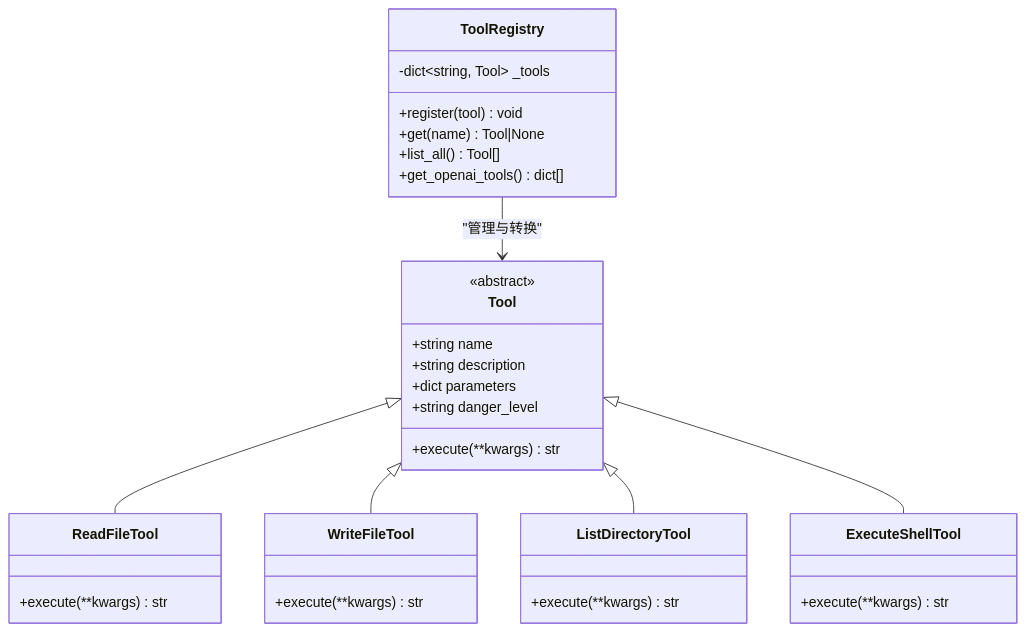
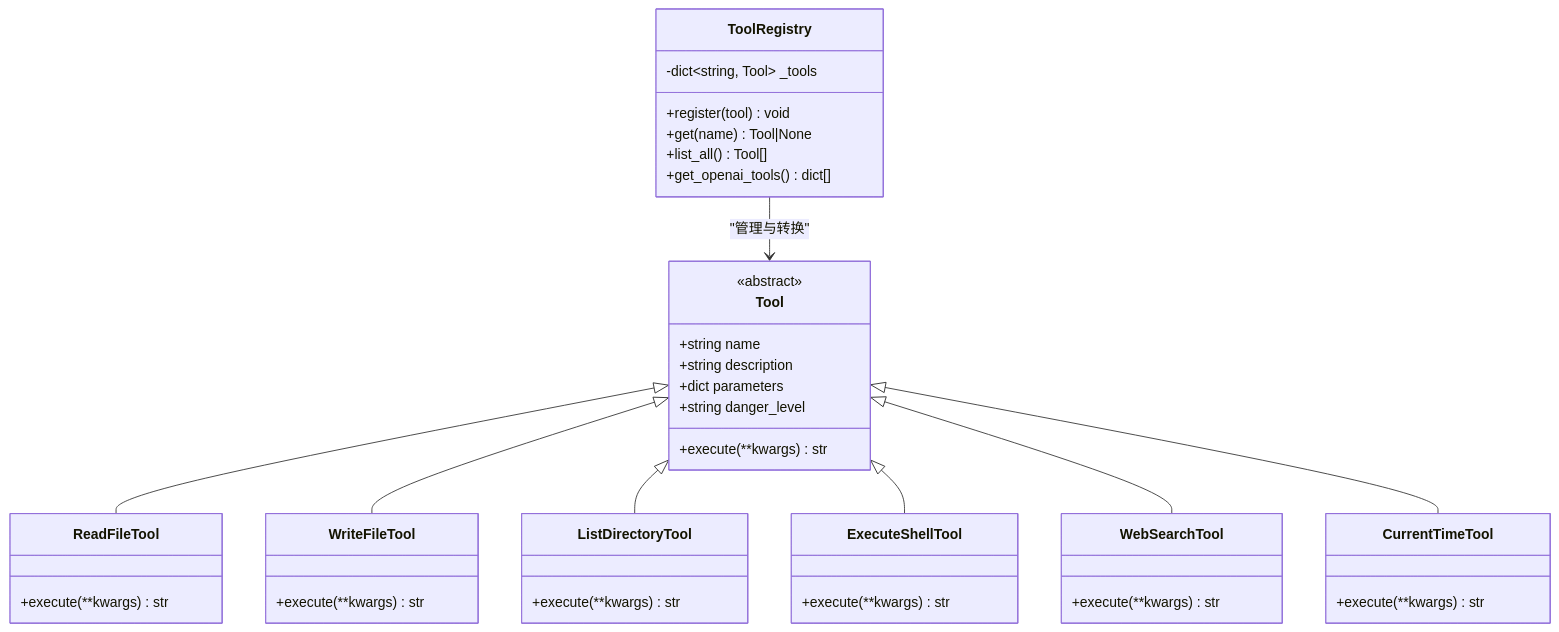
Before and after one commit to 250shiwo/MySmallAgent: the fifth of 9 diagrams in .qoder/repowiki/zh/content/核心模块详解/核心模块详解.md, drawn with Mermaid. The commit also changed other lines of this file and 34 other files, not shown here.

````diff
--- a/.qoder/repowiki/zh/content/核心模块详解/核心模块详解.md
+++ b/.qoder/repowiki/zh/content/核心模块详解/核心模块详解.md
@@ -268,35 +295,43 @@
 ```mermaid
 classDiagram
 class Tool {
 <<abstract>>
 +string name
 +string description
 +dict parameters
 +string danger_level
 +execute(**kwargs) str
 }
 class ToolRegistry {
 -dict~string, Tool~ _tools
 +register(tool) void
 +get(name) Tool|None
 +list_all() Tool[]
 +get_openai_tools() dict[]
 }
 class ReadFileTool {
 +execute(**kwargs) str
 }
 class WriteFileTool {
 +execute(**kwargs) str
 }
 class ListDirectoryTool {
 +execute(**kwargs) str
 }
 class ExecuteShellTool {
 +execute(**kwargs) str
 }
+class WebSearchTool {
++execute(**kwargs) str
+}
+class CurrentTimeTool {
++execute(**kwargs) str
+}
 Tool <|-- ReadFileTool
 Tool <|-- WriteFileTool
 Tool <|-- ListDirectoryTool
 Tool <|-- ExecuteShellTool
+Tool <|-- WebSearchTool
+Tool <|-- CurrentTimeTool
 ToolRegistry --> Tool : "管理与转换"
 ```
````
